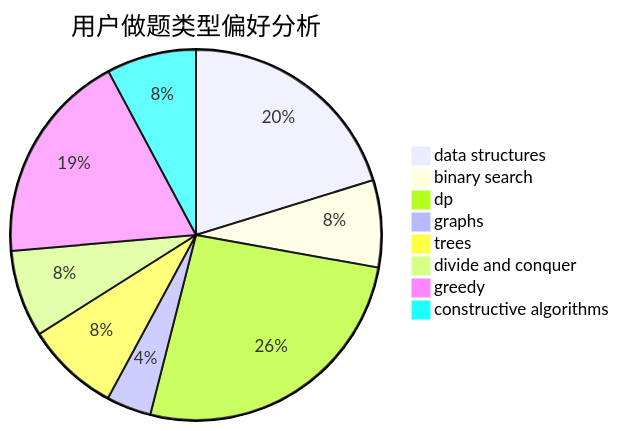
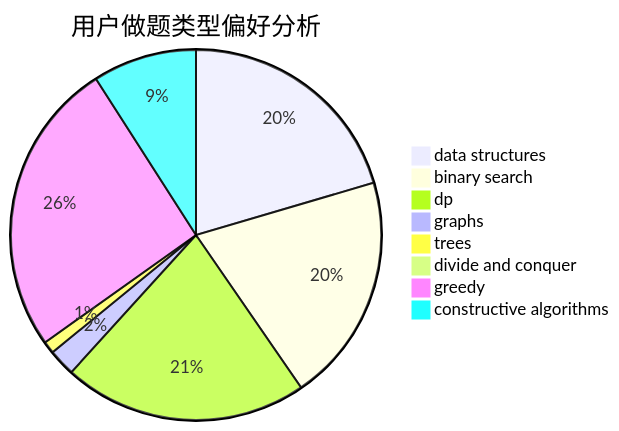
Before and after one commit to sherpahu/cfrs.github.io: the second of 3 diagrams in docs/user/u663.md, drawn with Mermaid. The commit also changed other lines of this file and 2770 other files, not shown here.

````diff
--- a/docs/user/u663.md
+++ b/docs/user/u663.md
@@ -23,11 +23,11 @@
 ```mermaid
 pie title 用户做题类型偏好分析
-    "data structures" :  181
-    "binary search" :  68
-    "dp" :  234
-    "graphs" :  35
-    "trees" :  73
-    "divide and conquer" :  68
-    "greedy" :  166
-    "constructive algorithms" :  70
+    "data structures" :  460
+    "binary search" :  449
+    "dp" :  480
+    "graphs" :  53
+    "trees" :  24
+    "divide and conquer" :  10
+    "greedy" :  580
+    "constructive algorithms" :  204
 ```
````
